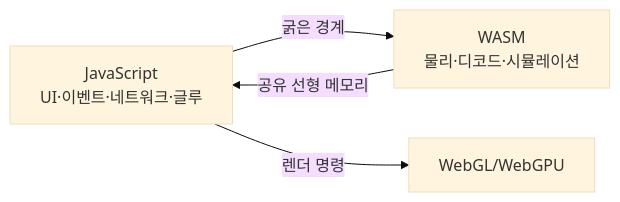
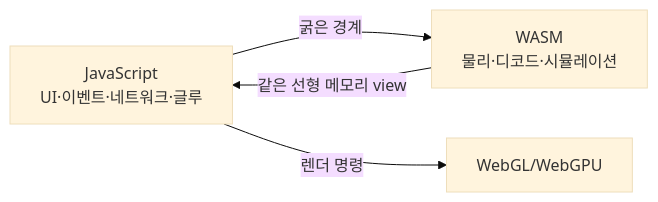
One commit to Rein-ArXiv/game-dev-curriculum changed the third of 6 diagrams in platform/part04_web.md. Above: the diagram before and after it, drawn with Mermaid (base theme). The commit also changed other lines of this file and 279 other files, not shown here.

````diff
--- a/platform/part04_web.md
+++ b/platform/part04_web.md
@@ -190,6 +193,6 @@
 ```mermaid
 flowchart LR
     JS[JavaScript<br/>UI·이벤트·네트워크·글루] -->|굵은 경계| WASM[WASM<br/>물리·디코드·시뮬레이션]
-    WASM -->|공유 선형 메모리| JS
+    WASM -->|같은 선형 메모리 view| JS
     JS -->|렌더 명령| GFX[WebGL/WebGPU]
 ```
````
